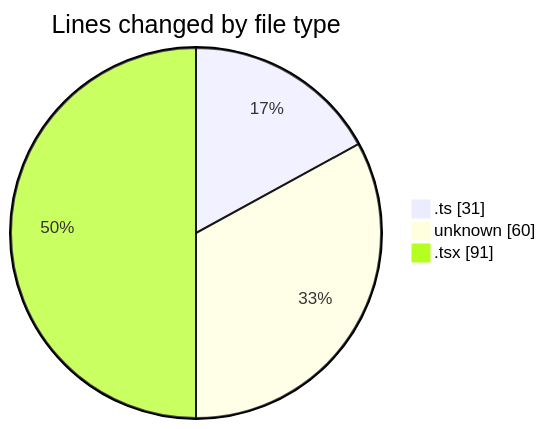
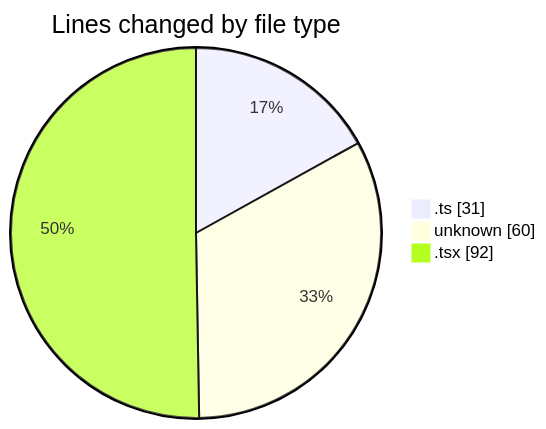
Before and after one commit to momahboobian/code-tracking: the first of 2 diagrams in 2026-06-12/cda/README.md, drawn with Mermaid. The commit also changed other lines of this file and 1 other file, not shown here.

````diff
--- a/2026-06-12/cda/README.md
+++ b/2026-06-12/cda/README.md
@@ -23,7 +24,7 @@
 ```mermaid
 pie showData
 title Lines changed by file type
 ".ts" : 31
 "unknown" : 60
-".tsx" : 91
+".tsx" : 92
 ```
````
